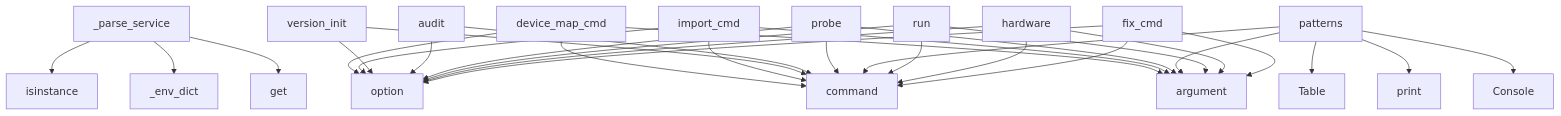
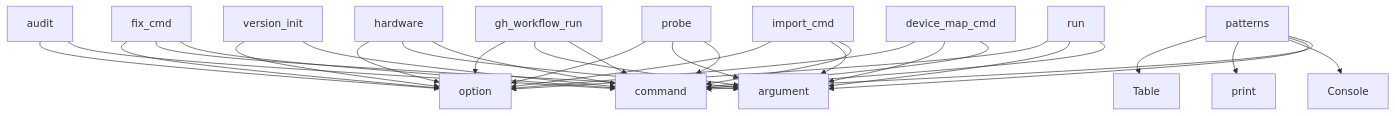
One commit to maskservice/redeploy changed the diagram in project/context.md. Above: the diagram before and after it, drawn with Mermaid. The commit also changed other lines of this file and 30 other files, not shown here.

````diff
--- a/project/context.md
+++ b/project/context.md
@@ -681,33 +631,33 @@
 ```mermaid
 graph TD
-    _parse_service --> get
-    _parse_service --> _env_dict
-    _parse_service --> isinstance
+    run --> command
+    run --> argument
+    run --> option
     device_map_cmd --> command
     device_map_cmd --> argument
     device_map_cmd --> option
     import_cmd --> command
     import_cmd --> argument
     import_cmd --> option
     version_init --> command
     version_init --> option
     audit --> command
     audit --> option
     probe --> command
     probe --> argument
     probe --> option
     patterns --> command
     patterns --> argument
     patterns --> Console
     patterns --> print
     patterns --> Table
-    run --> command
-    run --> argument
-    run --> option
+    gh_workflow_run --> command
+    gh_workflow_run --> argument
+    gh_workflow_run --> option
     hardware --> command
     hardware --> argument
     hardware --> option
     fix_cmd --> command
     fix_cmd --> argument
     fix_cmd --> option
 ```
````
